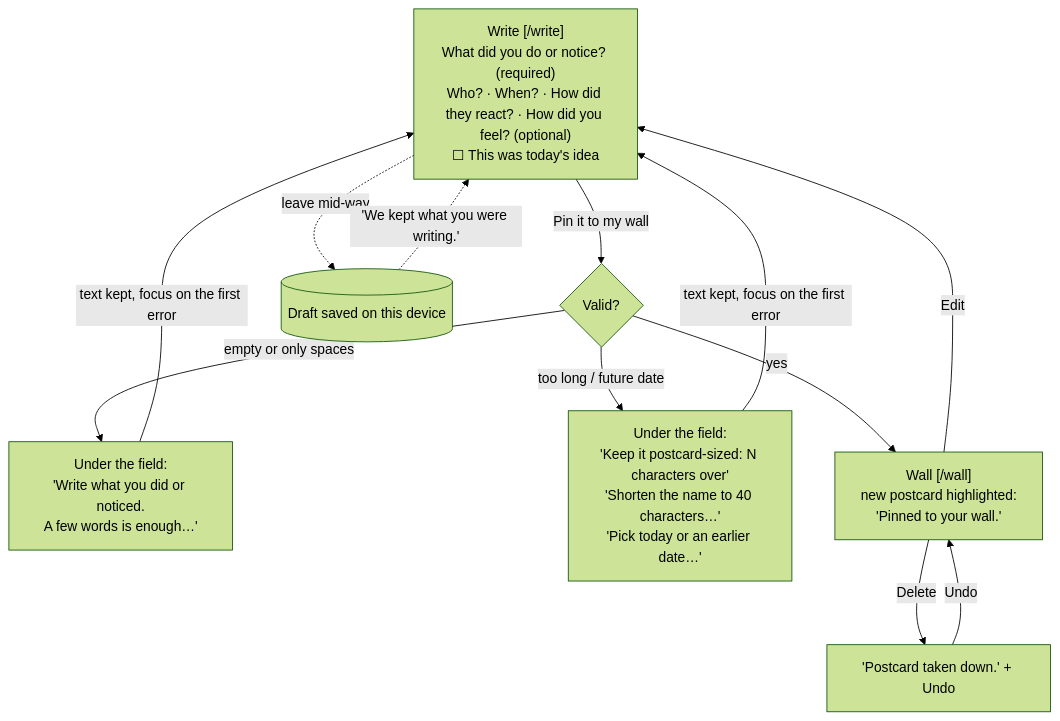
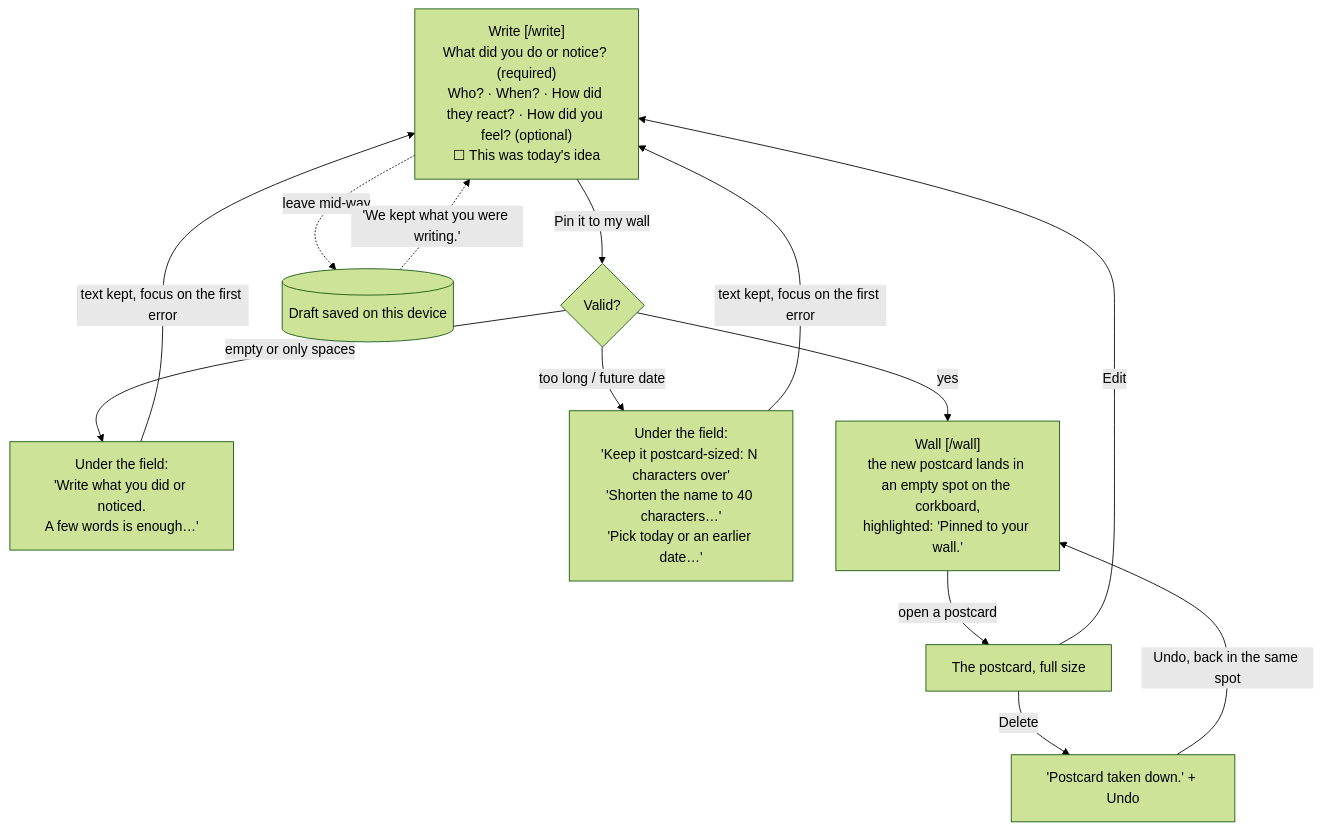
One commit to carnowell-uchicago/dbs-p3 changed the second of 3 diagrams in README.md. Above: the diagram before and after it, drawn with Mermaid (forest theme). The commit also changed other lines of this file and 2 other files, not shown here.

Commit message:
Document the corkboard wall, memories, mobile check, and cork contrast

````diff
--- a/README.md
+++ b/README.md
@@ -28,14 +28,15 @@
 ```mermaid
 flowchart TD
     W["Write [/write]<br/>What did you do or notice? (required)<br/>Who? · When? · How did they react? · How did you feel? (optional)<br/>☐ This was today's idea"]
     W -->|"Pin it to my wall"| V{"Valid?"}
     V -->|"empty or only spaces"| E1["Under the field:<br/>'Write what you did or noticed.<br/>A few words is enough…'"]
     V -->|"too long / future date"| E2["Under the field:<br/>'Keep it postcard-sized: N characters over'<br/>'Shorten the name to 40 characters…'<br/>'Pick today or an earlier date…'"]
     E1 & E2 -->|"text kept, focus on the first error"| W
     W -.->|"leave mid-way"| D[("Draft saved on this device")]
     D -.->|"'We kept what you were writing.'"| W
-    V -->|"yes"| P["Wall [/wall]<br/>new postcard highlighted:<br/>'Pinned to your wall.'"]
-    P -->|"Edit"| W
-    P -->|"Delete"| U["'Postcard taken down.' + Undo"]
-    U -->|"Undo"| P
+    V -->|"yes"| P["Wall [/wall]<br/>the new postcard lands in an empty spot on the corkboard,<br/>highlighted: 'Pinned to your wall.'"]
+    P -->|"open a postcard"| O["The postcard, full size"]
+    O -->|"Edit"| W
+    O -->|"Delete"| U["'Postcard taken down.' + Undo"]
+    U -->|"Undo, back in the same spot"| P
 ```
````
